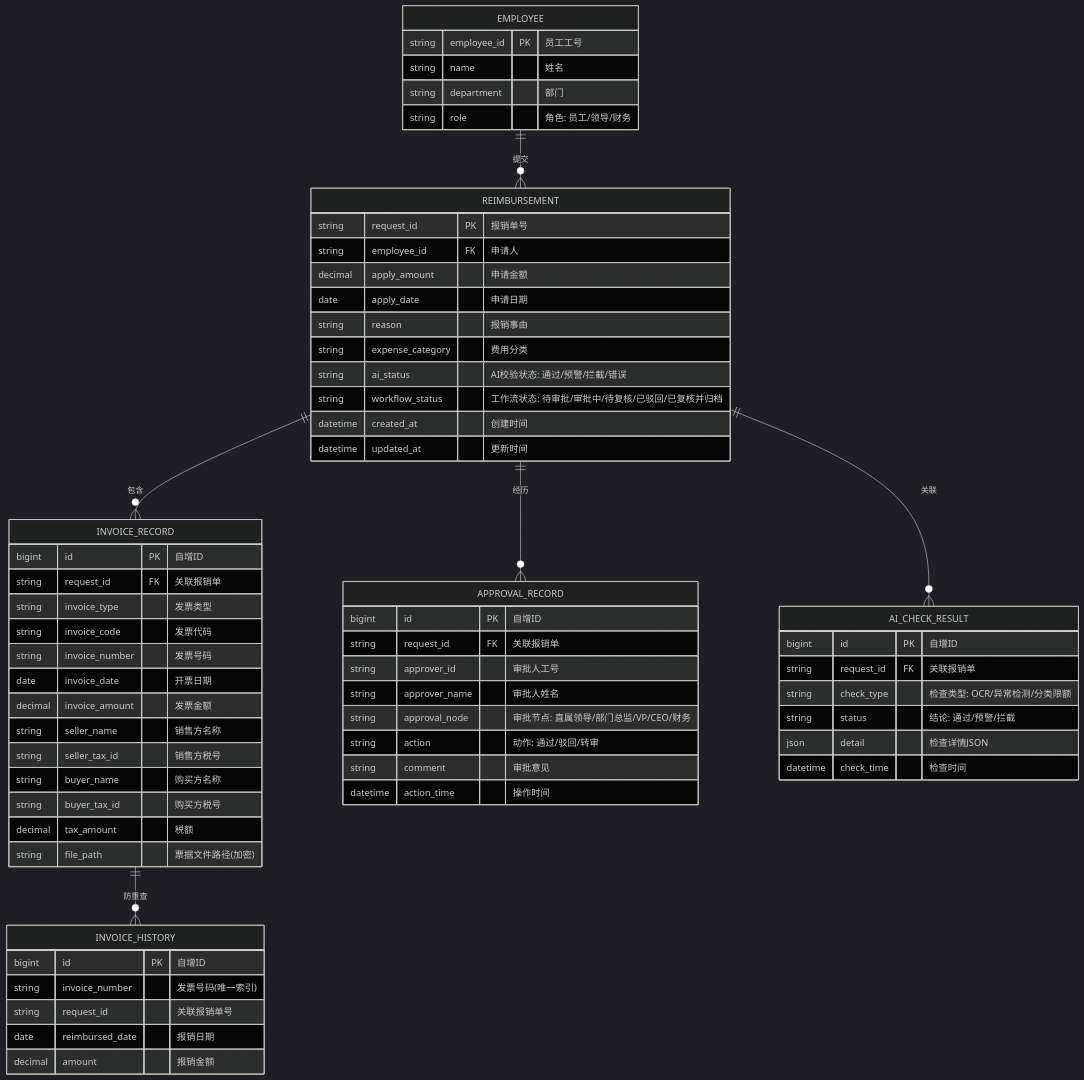
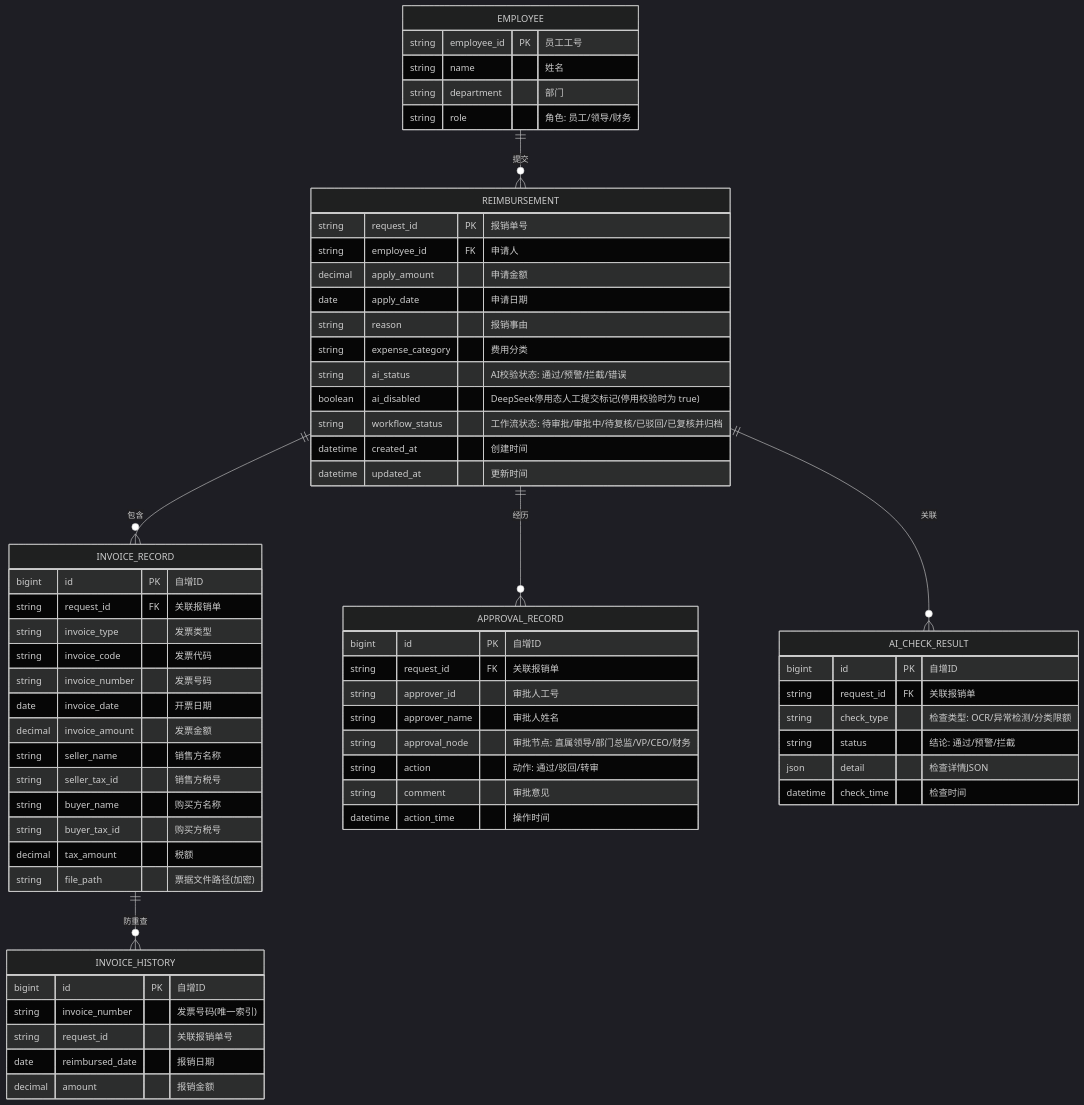
The third of 5 diagrams in docs/design.md (nickluo2026/OA-Reimbursement-AIAgent), drawn with Mermaid (dark theme) before and after one commit. The commit also changed other lines of this file and 1 other file, not shown here.

First line of the commit message:
docs: 对齐 requirement.md V1.5（DeepSeek 停用态）并修正文档笔误

````diff
--- a/docs/design.md
+++ b/docs/design.md
@@ -653,72 +656,73 @@
 ```mermaid
 erDiagram
     EMPLOYEE ||--o{ REIMBURSEMENT : "提交"
     REIMBURSEMENT ||--o{ INVOICE_RECORD : "包含"
     REIMBURSEMENT ||--o{ APPROVAL_RECORD : "经历"
     REIMBURSEMENT ||--o{ AI_CHECK_RESULT : "关联"
     INVOICE_RECORD ||--o{ INVOICE_HISTORY : "防重查"
 
     EMPLOYEE {
         string employee_id PK "员工工号"
         string name "姓名"
         string department "部门"
         string role "角色: 员工/领导/财务"
     }
 
     REIMBURSEMENT {
         string request_id PK "报销单号"
         string employee_id FK "申请人"
         decimal apply_amount "申请金额"
         date apply_date "申请日期"
         string reason "报销事由"
         string expense_category "费用分类"
         string ai_status "AI校验状态: 通过/预警/拦截/错误"
+        boolean ai_disabled "DeepSeek停用态人工提交标记(停用校验时为 true)"
         string workflow_status "工作流状态: 待审批/审批中/待复核/已驳回/已复核并归档"
         datetime created_at "创建时间"
         datetime updated_at "更新时间"
     }
 
     INVOICE_RECORD {
         bigint id PK "自增ID"
         string request_id FK "关联报销单"
         string invoice_type "发票类型"
         string invoice_code "发票代码"
         string invoice_number "发票号码"
         date invoice_date "开票日期"
         decimal invoice_amount "发票金额"
         string seller_name "销售方名称"
         string seller_tax_id "销售方税号"
         string buyer_name "购买方名称"
         string buyer_tax_id "购买方税号"
         decimal tax_amount "税额"
         string file_path "票据文件路径(加密)"
     }
 
     INVOICE_HISTORY {
         bigint id PK "自增ID"
         string invoice_number "发票号码(唯一索引)"
         string request_id "关联报销单号"
         date reimbursed_date "报销日期"
         decimal amount "报销金额"
     }
 
     APPROVAL_RECORD {
         bigint id PK "自增ID"
         string request_id FK "关联报销单"
         string approver_id "审批人工号"
         string approver_name "审批人姓名"
         string approval_node "审批节点: 直属领导/部门总监/VP/CEO/财务"
         string action "动作: 通过/驳回/转审"
         string comment "审批意见"
         datetime action_time "操作时间"
     }
 
     AI_CHECK_RESULT {
         bigint id PK "自增ID"
         string request_id FK "关联报销单"
         string check_type "检查类型: OCR/异常检测/分类限额"
         string status "结论: 通过/预警/拦截"
         json detail "检查详情JSON"
         datetime check_time "检查时间"
     }
 ```
````
